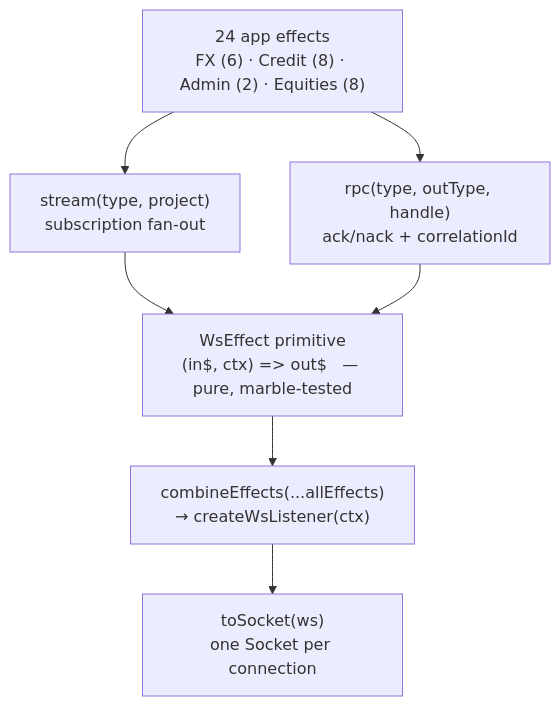
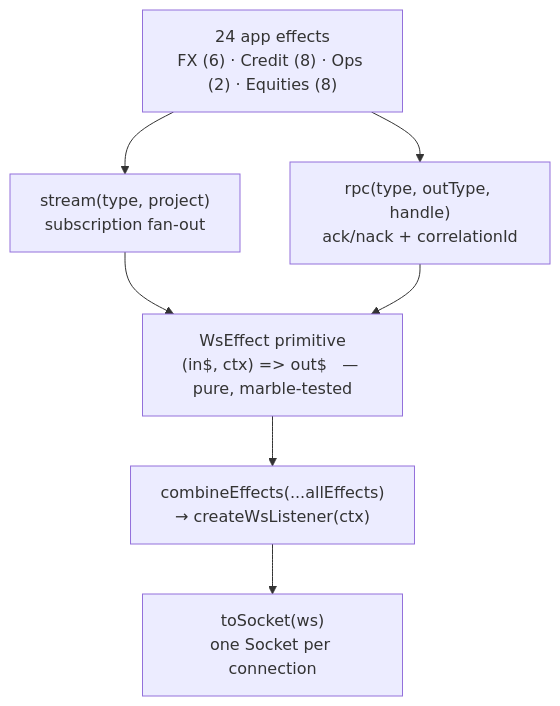
One commit to bettersoftware-io/ReactiveTraderCloudClone changed the third of 5 diagrams in docs/architecture/07-communication-patterns.md. Above: the diagram before and after it, drawn with Mermaid. The commit also changed other lines of this file and 46 other files, not shown here.

````diff
--- a/docs/architecture/07-communication-patterns.md
+++ b/docs/architecture/07-communication-patterns.md
@@ -145,10 +145,10 @@
 ```mermaid
 flowchart TD
     Core["WsEffect primitive<br/>(in$, ctx) => out$   — pure, marble-tested"]
     Sugar1["stream(type, project)<br/>subscription fan-out"] --> Core
     Sugar2["rpc(type, outType, handle)<br/>ack/nack + correlationId"] --> Core
-    App["24 app effects<br/>FX (6) · Credit (8) · Admin (2) · Equities (8)"] --> Sugar1
+    App["24 app effects<br/>FX (6) · Credit (8) · Ops (2) · Equities (8)"] --> Sugar1
     App --> Sugar2
     Core --> Combine["combineEffects(...allEffects)<br/>→ createWsListener(ctx)"]
     Combine --> Socket["toSocket(ws)<br/>one Socket per connection"]
 ```
````
